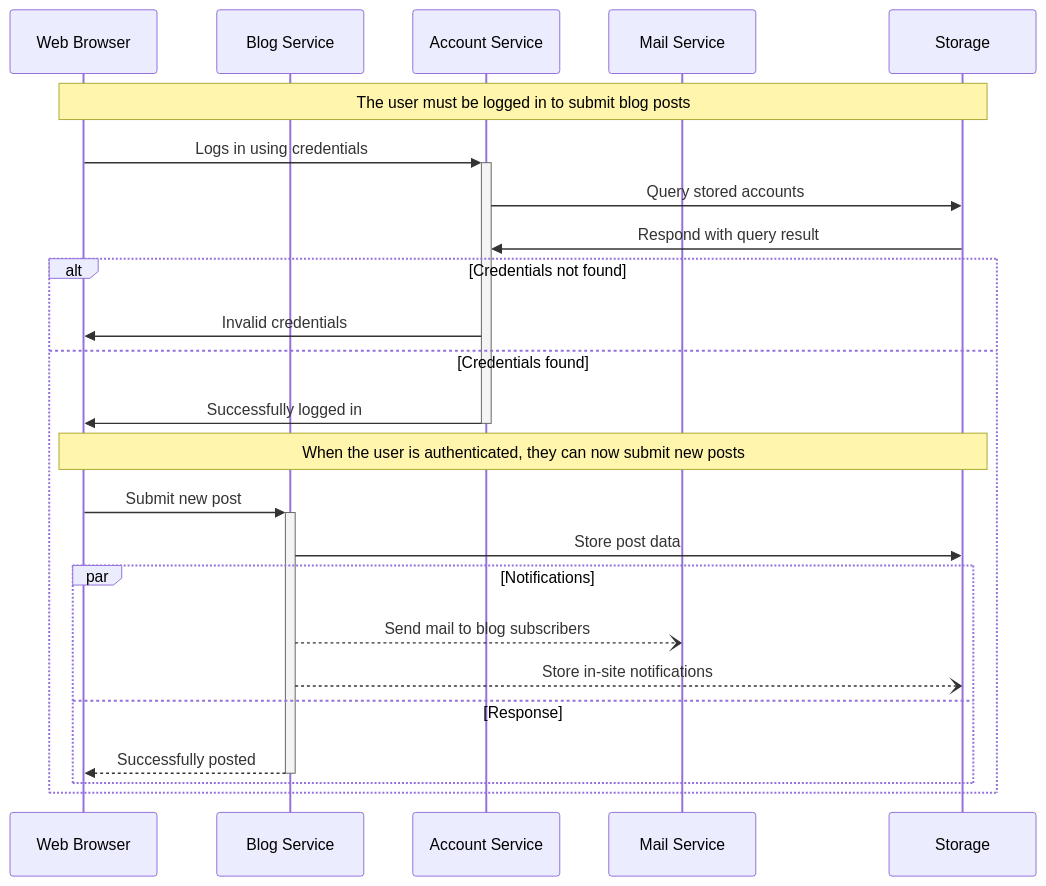
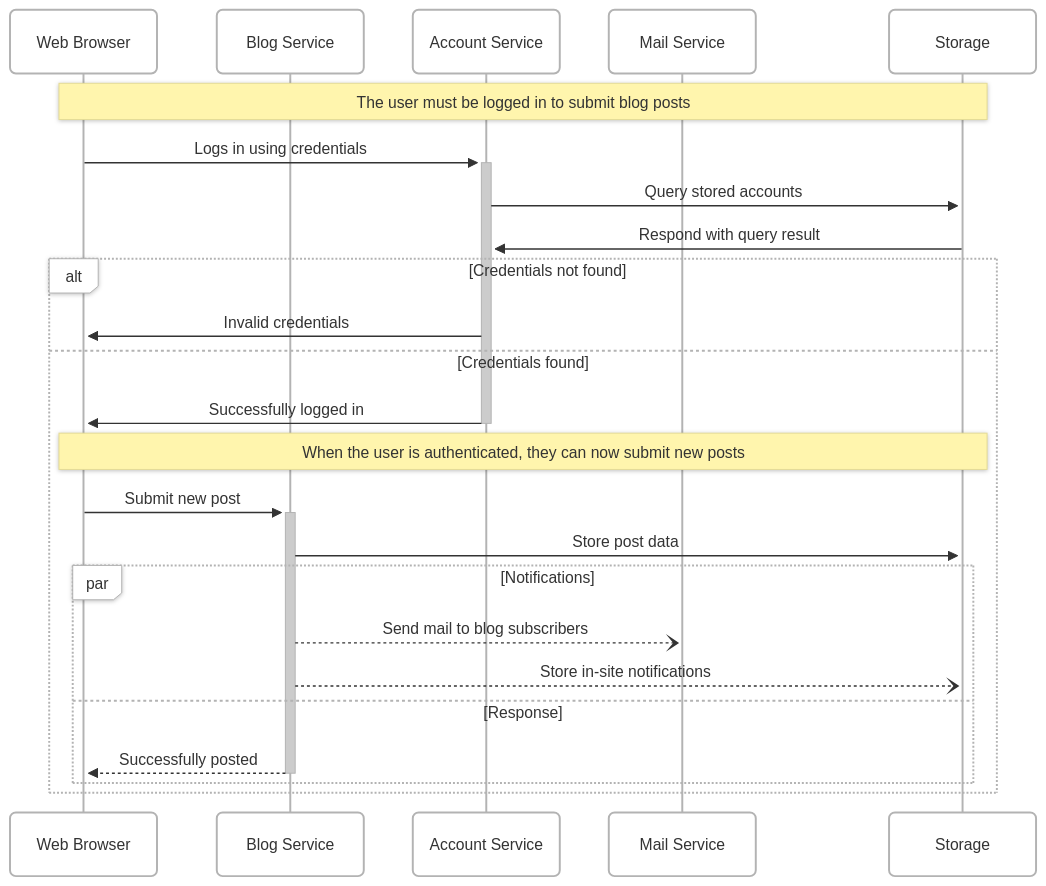
Before and after one commit to KiarashS/personal-academic-blog: the diagram in src/content/posts/2026-01-05-writing-a-post.md, drawn with Mermaid.

````diff
--- a/src/content/posts/2026-01-05-writing-a-post.md
+++ b/src/content/posts/2026-01-05-writing-a-post.md
@@ -228,30 +228,35 @@
 ```mermaid
+---
+config:
+  theme: neo
+  look: neo
+---
 sequenceDiagram
     participant web as Web Browser
     participant blog as Blog Service
     participant account as Account Service
     participant mail as Mail Service
     participant db as Storage
 
     Note over web,db: The user must be logged in to submit blog posts
     web->>+account: Logs in using credentials
     account->>db: Query stored accounts
     db->>account: Respond with query result
 
     alt Credentials not found
         account->>web: Invalid credentials
     else Credentials found
         account->>-web: Successfully logged in
 
         Note over web,db: When the user is authenticated, they can now submit new posts
         web->>+blog: Submit new post
         blog->>db: Store post data
 
         par Notifications
             blog--)mail: Send mail to blog subscribers
             blog--)db: Store in-site notifications
         and Response
             blog-->>-web: Successfully posted
         end
     end
 ```
````
